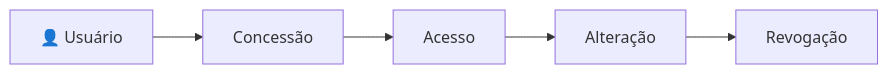
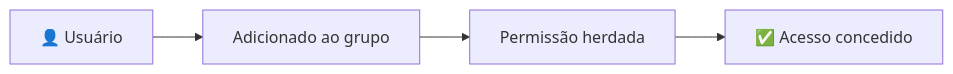
Before and after one commit to IsadoraVanderlan/active-directory-linux-integration-lab: the ninth of 13 diagrams in README.md, drawn with Mermaid. The commit also changed other lines of this file, not shown here.

````diff
--- a/README.md
+++ b/README.md
@@ -511,7 +646,6 @@
 ```mermaid
 flowchart LR
-    U["👤 Usuário"] --> C["Concessão"]
-    C --> A["Acesso"]
-    A --> M["Alteração"]
-    M --> R["Revogação"]
+    U["👤 Usuário"] --> G["Adicionado ao grupo"]
+    G --> P["Permissão herdada"]
+    P --> A["✅ Acesso concedido"]
 ```
````
